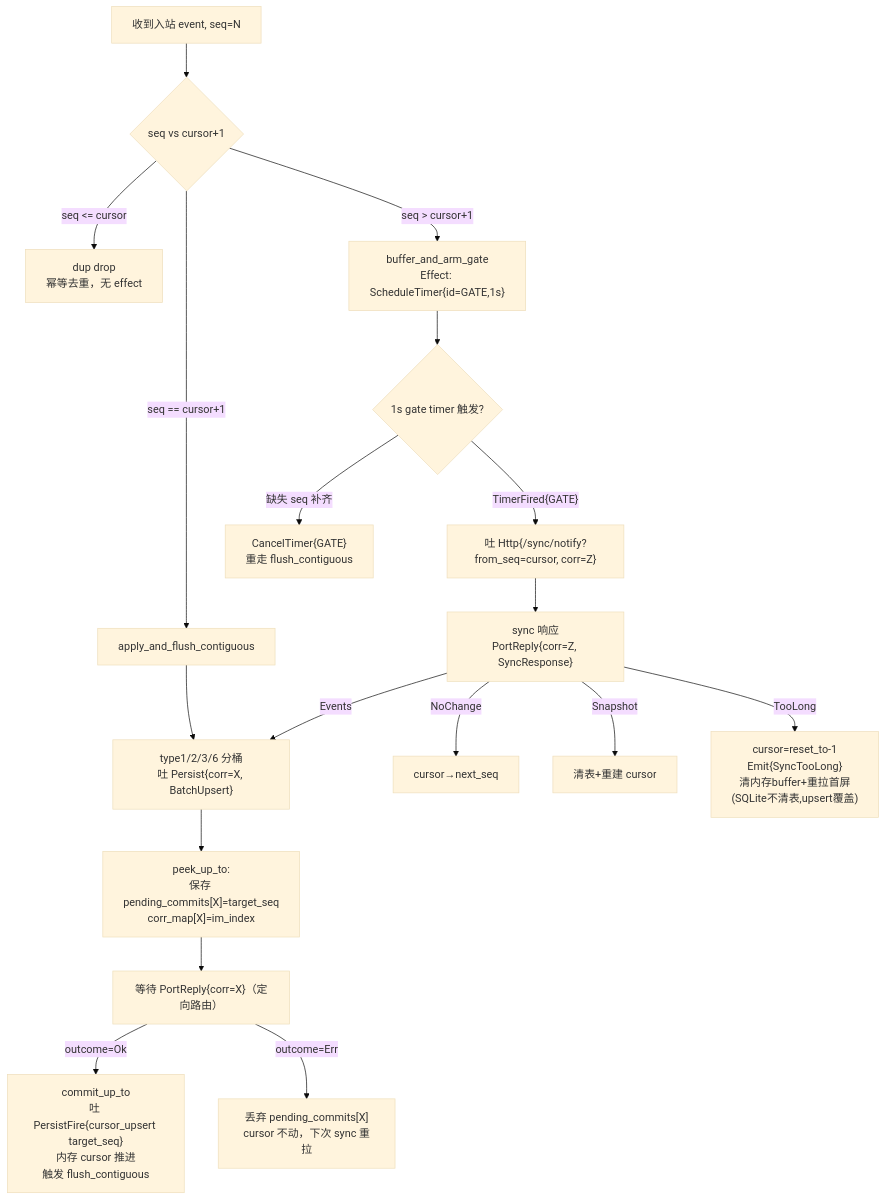
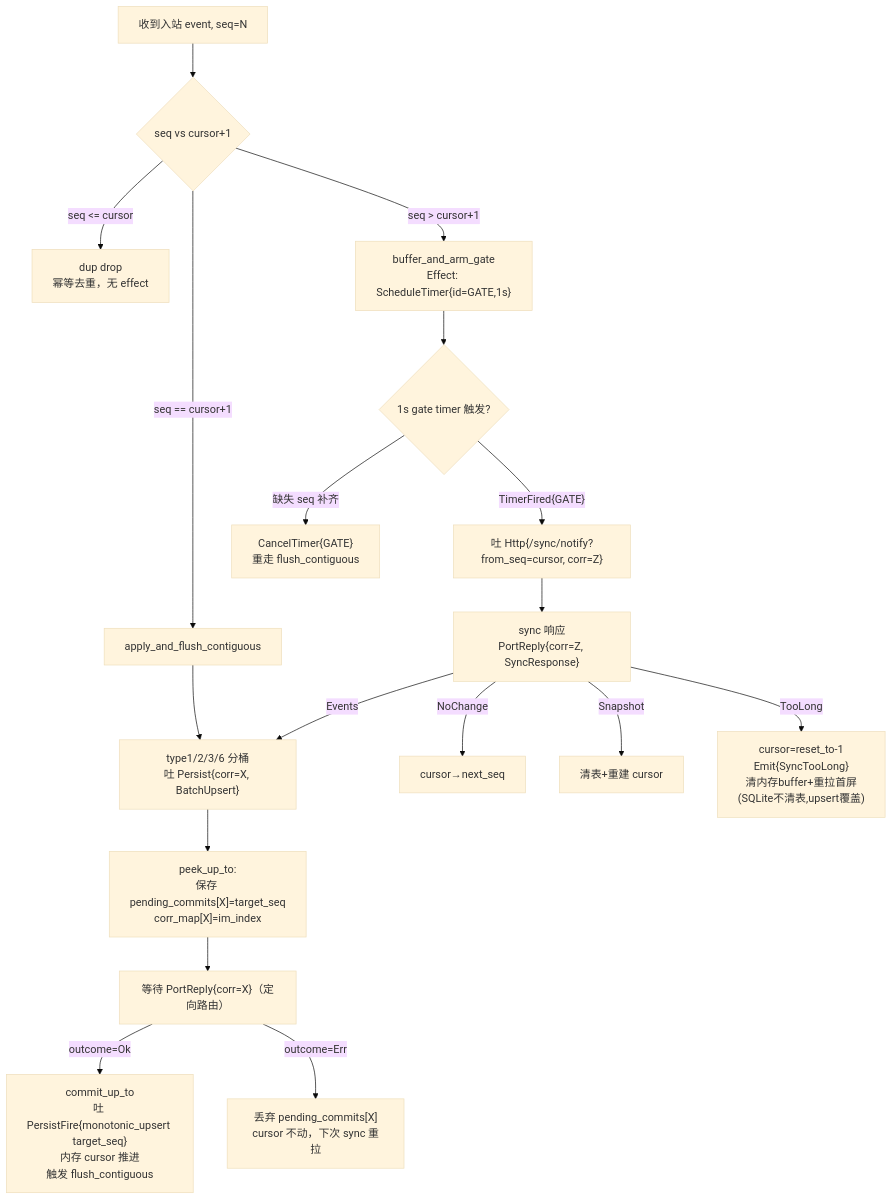
One commit to zxs1633079383/helix changed the sixth of 14 diagrams in docs/过会方案/helix-two-layer-architecture.md. Above: the diagram before and after it, drawn with Mermaid (base theme). The commit also changed other lines of this file and 9 other files, not shown here.

````diff
--- a/docs/过会方案/helix-two-layer-architecture.md
+++ b/docs/过会方案/helix-two-layer-architecture.md
@@ -1013,24 +1013,24 @@
 ```mermaid
 flowchart TD
     A["收到入站 event, seq=N"] --> B{"seq vs cursor+1"}
     B -->|"seq == cursor+1"| C["apply_and_flush_contiguous"]
     B -->|"seq <= cursor"| D["dup drop\n幂等去重，无 effect"]
     B -->|"seq > cursor+1"| E["buffer_and_arm_gate\nEffect: ScheduleTimer{id=GATE,1s}"]
 
     C --> F["type1/2/3/6 分桶\n吐 Persist{corr=X, BatchUpsert}"]
     F --> G["peek_up_to:\n保存 pending_commits[X]=target_seq\ncorr_map[X]=im_index"]
     G --> H["等待 PortReply{corr=X}（定向路由）"]
 
-    H -->|"outcome=Ok"| I["commit_up_to\n吐 PersistFire{cursor_upsert target_seq}\n内存 cursor 推进\n触发 flush_contiguous"]
+    H -->|"outcome=Ok"| I["commit_up_to\n吐 PersistFire{monotonic_upsert target_seq}\n内存 cursor 推进\n触发 flush_contiguous"]
     H -->|"outcome=Err"| J["丢弃 pending_commits[X]\ncursor 不动，下次 sync 重拉"]
 
     E --> K{"1s gate timer 触发?"}
     K -->|"TimerFired{GATE}"| L["吐 Http{/sync/notify?from_seq=cursor, corr=Z}"]
     K -->|"缺失 seq 补齐"| M["CancelTimer{GATE}\n重走 flush_contiguous"]
 
     L --> N["sync 响应\nPortReply{corr=Z, SyncResponse}"]
     N -->|"Events"| F
     N -->|"NoChange"| O["cursor→next_seq"]
     N -->|"Snapshot"| P["清表+重建 cursor"]
     N -->|"TooLong"| Q["cursor=reset_to-1\nEmit{SyncTooLong}\n清内存buffer+重拉首屏\n(SQLite不清表,upsert覆盖)"]
 ```
````
